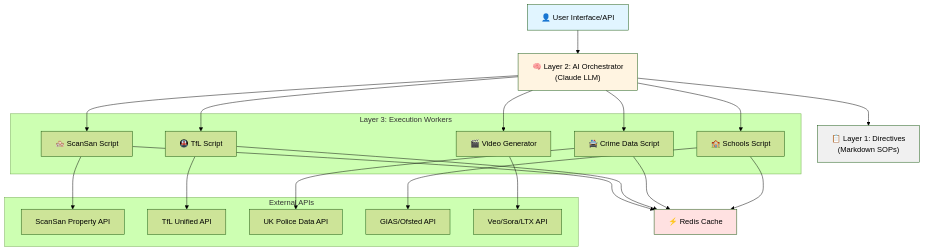
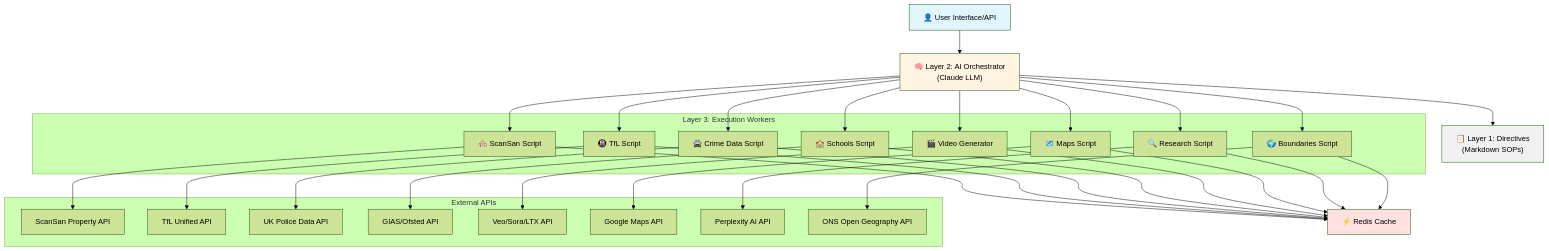
Before and after one commit to MasteraSnackin/Veo-: the diagram in README.md, drawn with Mermaid (forest theme). The commit also changed other lines of this file and 22 other files, not shown here.

````diff
--- a/README.md
+++ b/README.md
@@ -58,42 +180,59 @@
 ```mermaid
 graph TB
     User["👤 User Interface/API"] --> Orchestrator["🧠 Layer 2: AI Orchestrator<br/>(Claude LLM)"]
     Orchestrator --> Directives["📋 Layer 1: Directives<br/>(Markdown SOPs)"]
     Orchestrator --> ScanSan["🏘️ ScanSan Script"]
     Orchestrator --> TfL["🚇 TfL Script"]
     Orchestrator --> Crime["🚔 Crime Data Script"]
     Orchestrator --> Schools["🏫 Schools Script"]
     Orchestrator --> Video["🎬 Video Generator"]
-    
+
     ScanSan --> ScanSanAPI["ScanSan Property API"]
     TfL --> TfLAPI["TfL Unified API"]
     Crime --> PoliceAPI["UK Police Data API"]
     Schools --> GIAS["GIAS/Ofsted API"]
     Video --> VideoAI["Veo/Sora/LTX API"]
-    
+    Orchestrator --> Maps["🗺️ Maps Script"]
+    Orchestrator --> Research["🔍 Research Script"]
+    Orchestrator --> Boundaries["🌍 Boundaries Script"]
+
+    Maps --> MapsAPI["Google Maps API"]
+    Research --> PerplexityAPI["Perplexity AI API"]
+    Boundaries --> ONSAPI["ONS Open Geography API"]
+
     ScanSan --> Cache["⚡ Redis Cache"]
     TfL --> Cache
     Crime --> Cache
     Schools --> Cache
-    
+    Video --> Cache
+    Maps --> Cache
+    Research --> Cache
+    Boundaries --> Cache
+
     style User fill:#e1f5ff
     style Orchestrator fill:#fff4e1
     style Directives fill:#f0f0f0
     style Cache fill:#ffe1e1
-    
+
     subgraph "Layer 3: Execution Workers"
         ScanSan
         TfL
         Crime
         Schools
         Video
+        Maps
+        Research
+        Boundaries
     end
-    
+
     subgraph "External APIs"
         ScanSanAPI
         TfLAPI
         PoliceAPI
         GIAS
         VideoAI
+        MapsAPI
+        PerplexityAPI
+        ONSAPI
     end
 ```
````
